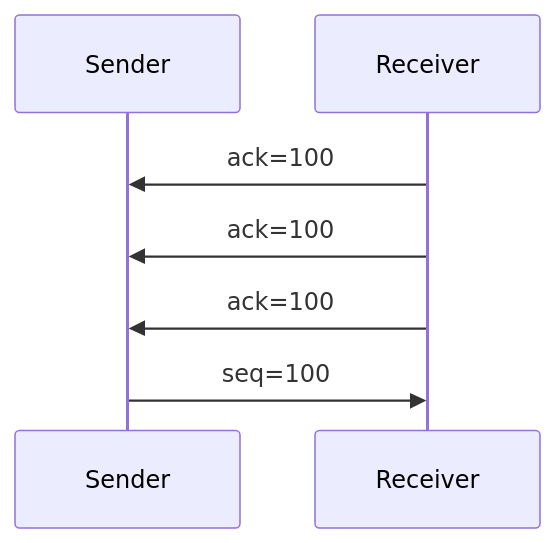
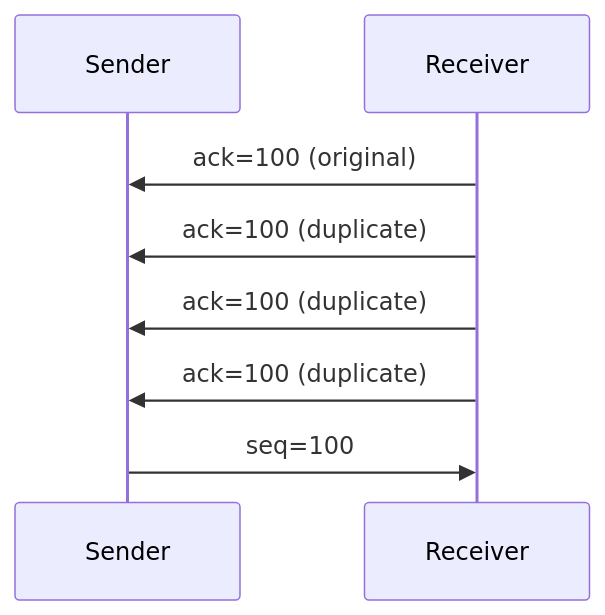
Before and after one commit to wdyjwdy/notes: the ninth of 11 diagrams in network/tcp.md, drawn with Mermaid. The commit also changed other lines of this file and 1 other file, not shown here.

````diff
--- a/network/tcp.md
+++ b/network/tcp.md
@@ -277,10 +277,11 @@
 ```mermaid
 sequenceDiagram
   participant S as Sender
   participant R as Receiver
 
-  R ->> S: ack=100
-  R ->> S: ack=100
-  R ->> S: ack=100
+  R ->> S: ack=100 (original)
+  R ->> S: ack=100 (duplicate)
+  R ->> S: ack=100 (duplicate)
+  R ->> S: ack=100 (duplicate)
   S ->> R: seq=100
 ```
````
